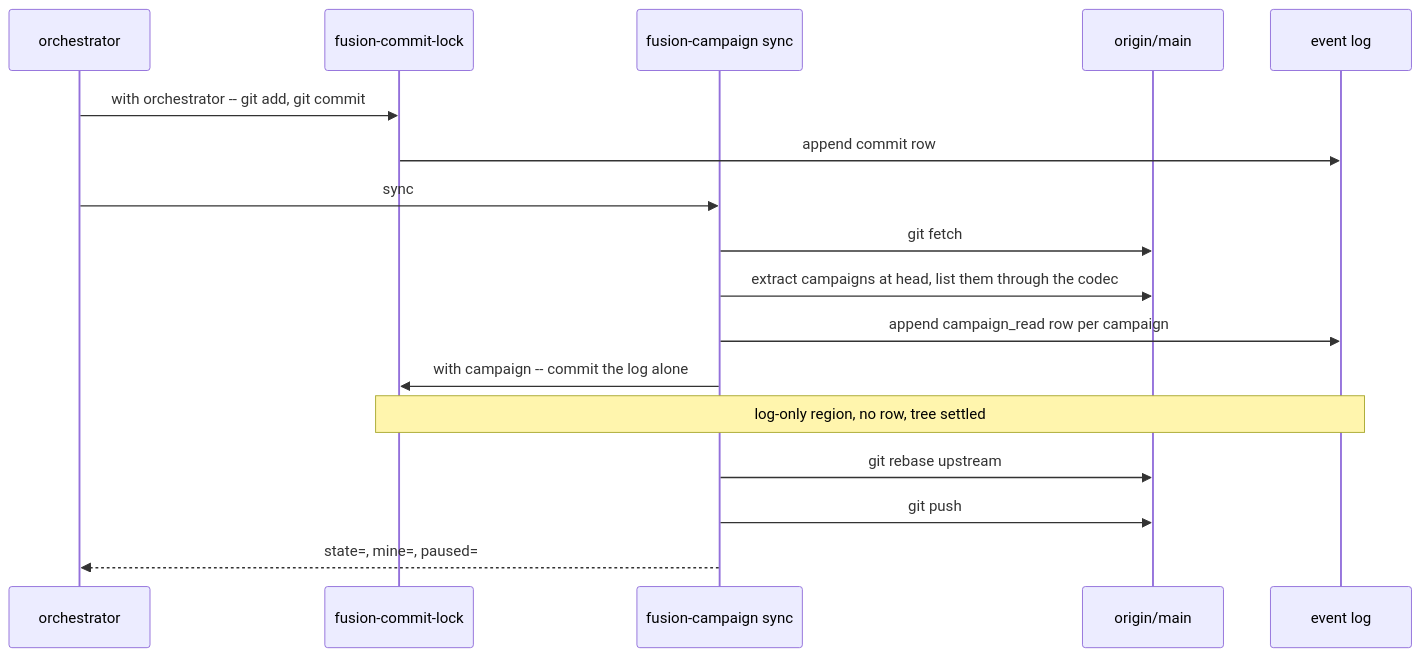
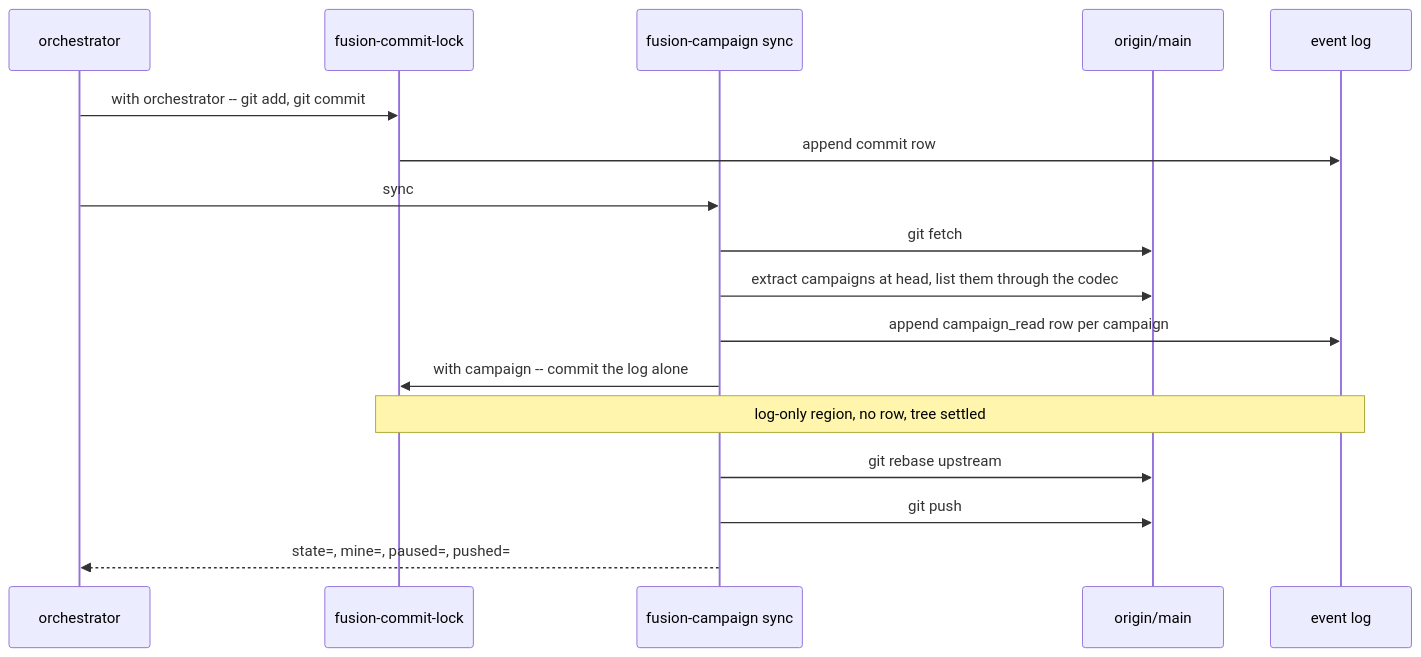
Before and after one commit to tenzoki/fusion: the second of 3 diagrams in fusion-workbench/work-packages/261108-1924-campaign-the-frame-for-work-spread-over-several-checkouts/plans/261108-2301-plan-campaign-the-frame-for-work-spread-over-several-checkouts.md, drawn with Mermaid. The commit also changed other lines of this file and 3 other files, not shown here.

````diff
--- a/fusion-workbench/work-packages/261108-1924-campaign-the-frame-for-work-spread-over-several-checkouts/plans/261108-2301-plan-campaign-the-frame-for-work-spread-over-several-checkouts.md
+++ b/fusion-workbench/work-packages/261108-1924-campaign-the-frame-for-work-spread-over-several-checkouts/plans/261108-2301-plan-campaign-the-frame-for-work-spread-over-several-checkouts.md
@@ -73,19 +75,19 @@
 ```mermaid
 sequenceDiagram
   participant O as orchestrator
   participant L as fusion-commit-lock
   participant S as fusion-campaign sync
   participant G as origin/main
   participant E as event log
   O->>L: with orchestrator -- git add, git commit
   L->>E: append commit row
   O->>S: sync
   S->>G: git fetch
   S->>G: extract campaigns at head, list them through the codec
   S->>E: append campaign_read row per campaign
   S->>L: with campaign -- commit the log alone
   Note over L,E: log-only region, no row, tree settled
   S->>G: git rebase upstream
   S->>G: git push
-  S-->>O: state=, mine=, paused=
+  S-->>O: state=, mine=, paused=, pushed=
 ```
````
